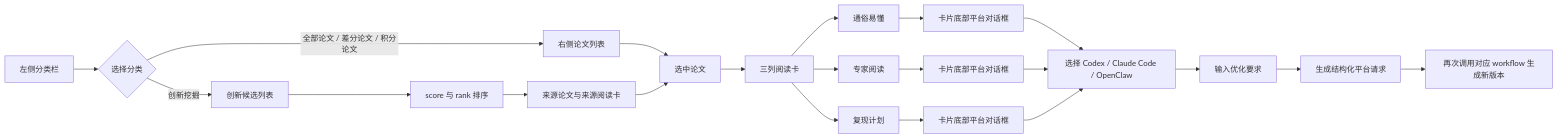
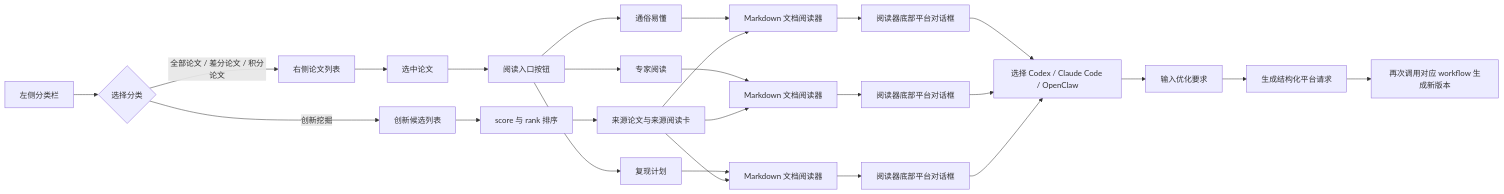
The third of 7 diagrams in docs/论文研究技能可视化工作流.md (swordfate3/papers_skills), drawn with Mermaid before and after one commit. The commit also changed 12 other files, not shown here.

````diff
--- a/docs/论文研究技能可视化工作流.md
+++ b/docs/论文研究技能可视化工作流.md
@@ -123,27 +123,33 @@
 ```mermaid
 flowchart LR
     A[左侧分类栏] --> B{选择分类}
     B -->|全部论文 / 差分论文 / 积分论文| C[右侧论文列表]
     C --> D[选中论文]
-    D --> E[三列阅读卡]
+    D --> E[阅读入口按钮]
 
     E --> E1[通俗易懂]
     E --> E2[专家阅读]
     E --> E3[复现计划]
 
-    E1 --> F1[卡片底部平台对话框]
-    E2 --> F2[卡片底部平台对话框]
-    E3 --> F3[卡片底部平台对话框]
+    E1 --> R1[Markdown 文档阅读器]
+    E2 --> R2[Markdown 文档阅读器]
+    E3 --> R3[Markdown 文档阅读器]
+
+    R1 --> F1[阅读器底部平台对话框]
+    R2 --> F2[阅读器底部平台对话框]
+    R3 --> F3[阅读器底部平台对话框]
 
     F1 --> G[选择 Codex / Claude Code / OpenClaw]
     F2 --> G
     F3 --> G
     G --> H[输入优化要求]
     H --> I[生成结构化平台请求]
     I --> J[再次调用对应 workflow 生成新版本]
 
     B -->|创新挖掘| K[创新候选列表]
     K --> L[score 与 rank 排序]
     L --> M[来源论文与来源阅读卡]
-    M --> D
+    M --> R1
+    M --> R2
+    M --> R3
 ```
````
